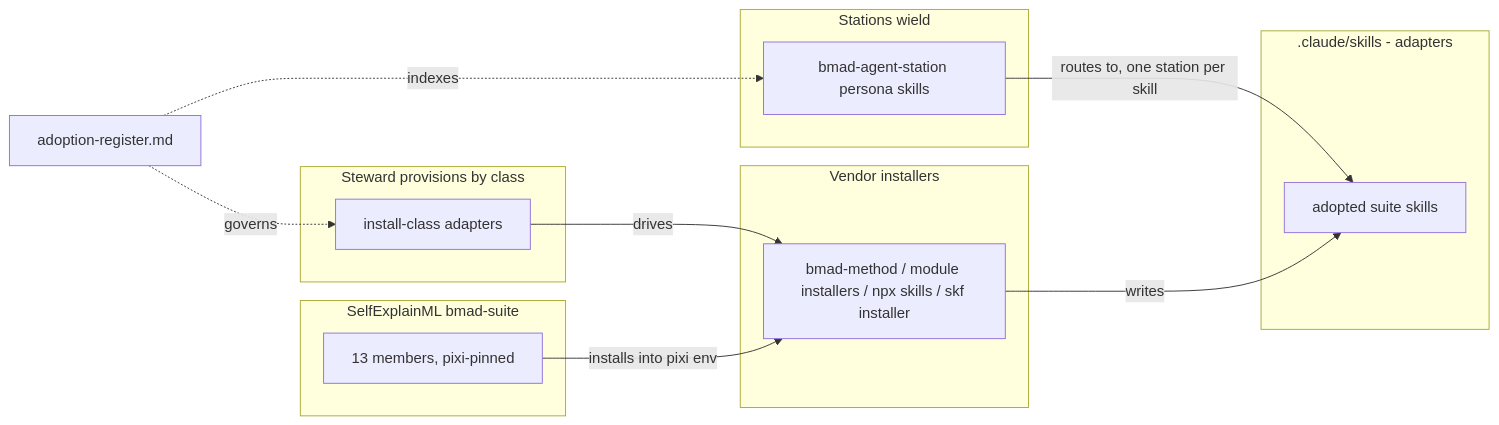
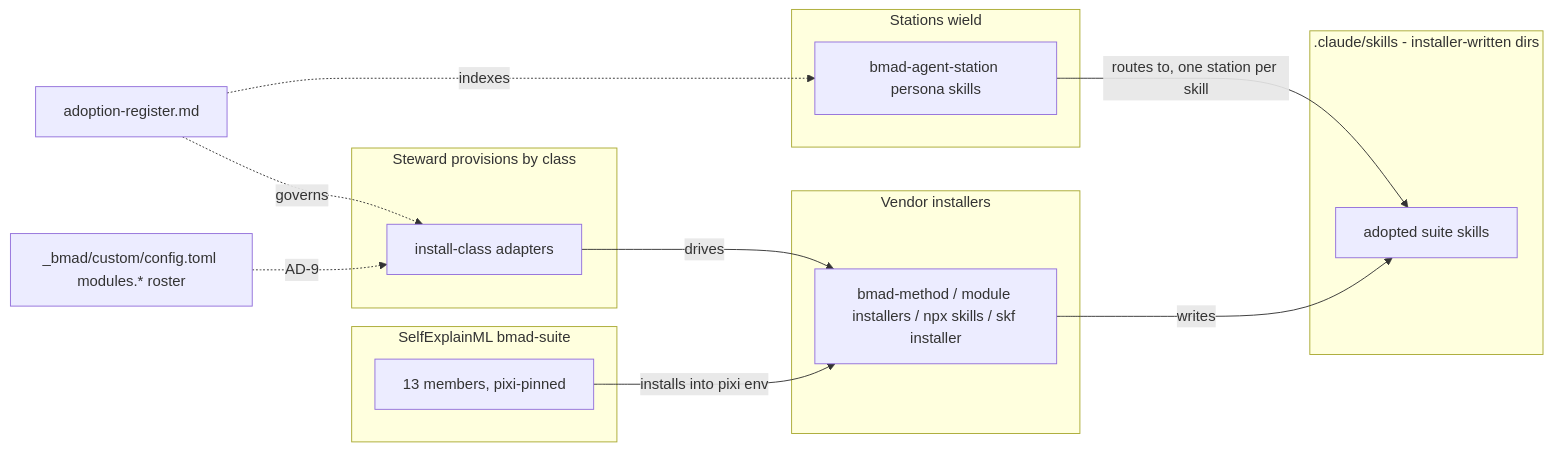
Before and after one commit to rxm7706/local-recipes: the first of 2 diagrams in _bmad-output/projects/pyforge-steward/planning-artifacts/architecture/architecture-bmad-suite-lifecycle-2026-09-06/ARCHITECTURE-SPINE.md, drawn with Mermaid. The commit also changed other lines of this file and 24 other files, not shown here.

````diff
--- a/_bmad-output/projects/pyforge-steward/planning-artifacts/architecture/architecture-bmad-suite-lifecycle-2026-09-06/ARCHITECTURE-SPINE.md
+++ b/_bmad-output/projects/pyforge-steward/planning-artifacts/architecture/architecture-bmad-suite-lifecycle-2026-09-06/ARCHITECTURE-SPINE.md
@@ -93,24 +118,25 @@
 ```mermaid
 flowchart LR
   subgraph stations [Stations wield]
     P[bmad-agent-station persona skills]
   end
-  subgraph tree [.claude/skills - adapters]
+  subgraph tree [.claude/skills - installer-written dirs]
     S[adopted suite skills]
   end
   subgraph steward [Steward provisions by class]
     A[install-class adapters]
   end
   subgraph vendors [Vendor installers]
     V[bmad-method / module installers / npx skills / skf installer]
   end
   subgraph channel [SelfExplainML bmad-suite]
     C[13 members, pixi-pinned]
   end
+  R[adoption-register.md] -.->|governs| A
+  R -.->|indexes| P
+  M[_bmad/custom/config.toml modules.* roster] -.->|AD-9| A
   P -->|routes to, one station per skill| S
   A -->|drives| V
   V -->|writes| S
   C -->|installs into pixi env| V
-  R[adoption-register.md] -.->|governs| A
-  R -.->|indexes| P
 ```
````
